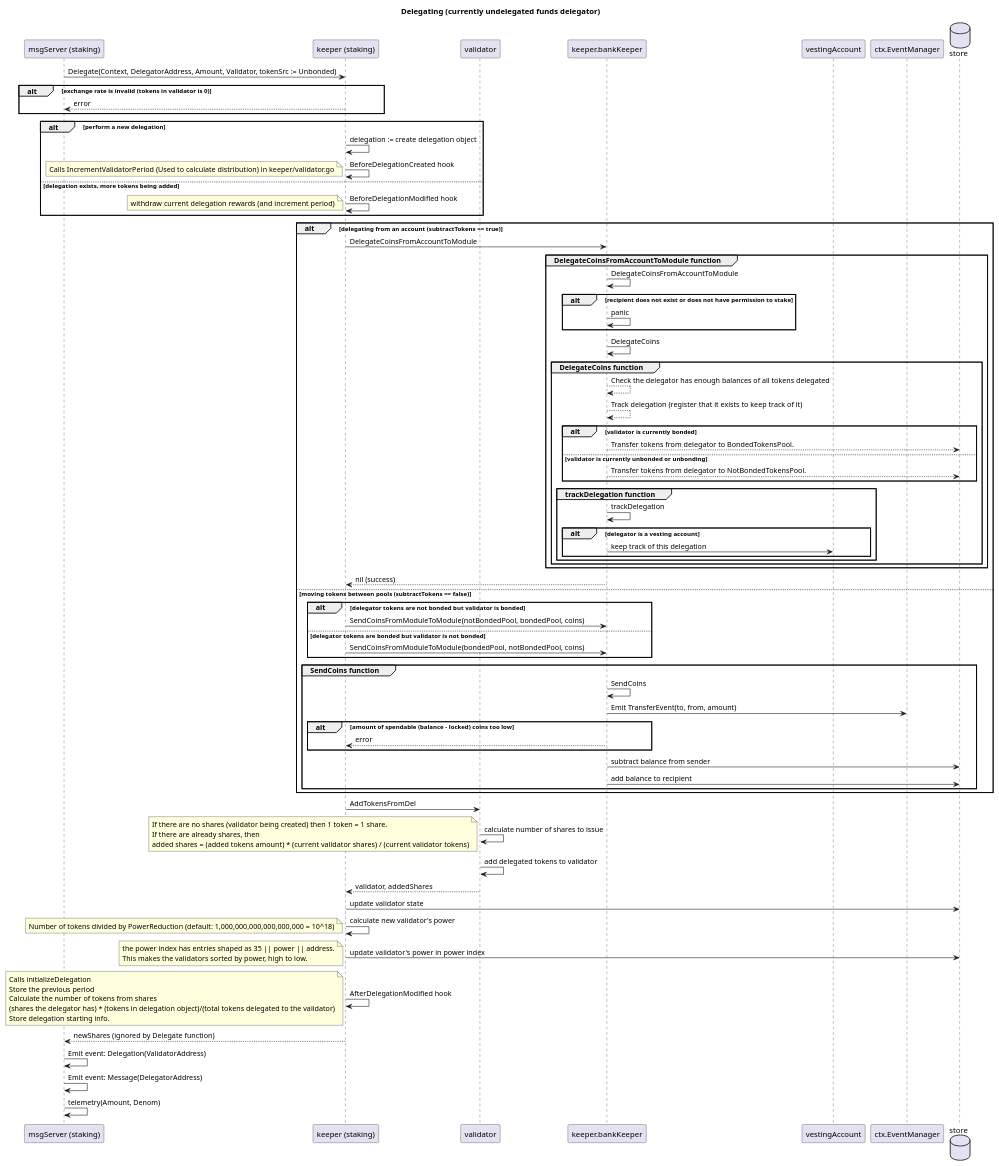
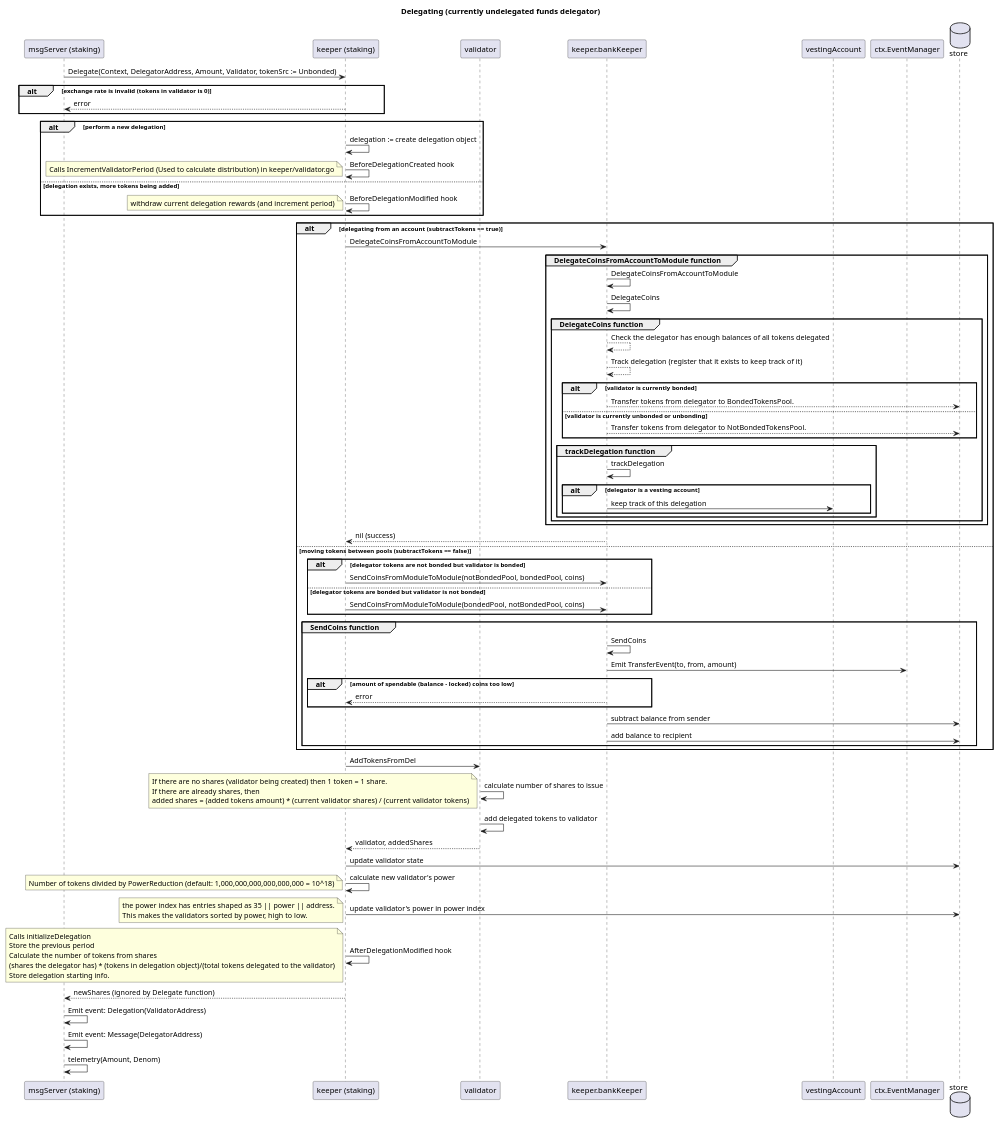
Before and after one commit to cosmos/cosmos-sdk: the diagram in x/staking/spec/delegation_sequence.puml, drawn with PlantUML.

Commit message:
Remove `panic` step (they are supposed to never happen)

```diff
--- a/x/staking/spec/delegation_sequence.puml
+++ b/x/staking/spec/delegation_sequence.puml
@@ -1,93 +1,90 @@
 @startuml
 'https://plantuml.com/sequence-diagram
 
 title: Delegating (currently undelegated funds delegator)
 
 participant "msgServer (staking)"
 participant  "keeper (staking)" as keeper
 participant validator
 participant keeper.bankKeeper
 participant vestingAccount
 participant ctx.EventManager
 
 database store
 
 "msgServer (staking)" -> keeper : Delegate(Context, DelegatorAddress, Amount, Validator, tokenSrc := Unbonded)
 
 alt exchange rate is invalid (tokens in validator is 0)
     keeper -->  "msgServer (staking)" : error
 end
 
 alt perform a new delegation
     keeper -> keeper : delegation := create delegation object
     keeper -> keeper : BeforeDelegationCreated hook
     note left: Calls IncrementValidatorPeriod (Used to calculate distribution) in keeper/validator.go
 else delegation exists, more tokens being added
     keeper -> keeper : BeforeDelegationModified hook
     note left: withdraw current delegation rewards (and increment period)
 end
 
 alt delegating from an account (subtractTokens == true)
     keeper -> keeper.bankKeeper : DelegateCoinsFromAccountToModule
     group DelegateCoinsFromAccountToModule function
         keeper.bankKeeper -> keeper.bankKeeper : DelegateCoinsFromAccountToModule
-        alt recipient does not exist or does not have permission to stake
-            keeper.bankKeeper -> keeper.bankKeeper : panic
-        end
         keeper.bankKeeper -> keeper.bankKeeper : DelegateCoins
         group DelegateCoins function
             keeper.bankKeeper --> keeper.bankKeeper : Check the delegator has enough balances of all tokens delegated
             keeper.bankKeeper --> keeper.bankKeeper : Track delegation (register that it exists to keep track of it)
             alt validator is currently bonded
                 keeper.bankKeeper --> store : Transfer tokens from delegator to BondedTokensPool.
             else validator is currently unbonded or unbonding
                 keeper.bankKeeper --> store : Transfer tokens from delegator to NotBondedTokensPool.
             end
             group trackDelegation function
                 keeper.bankKeeper -> keeper.bankKeeper : trackDelegation
                 alt delegator is a vesting account
                     keeper.bankKeeper -> vestingAccount : keep track of this delegation
                 end
             end
         end
     end
     keeper <-- keeper.bankKeeper : nil (success)
 else moving tokens between pools (subtractTokens == false)
     alt delegator tokens are not bonded but validator is bonded
        keeper -> keeper.bankKeeper : SendCoinsFromModuleToModule(notBondedPool, bondedPool, coins)
     else delegator tokens are bonded but validator is not bonded
        keeper -> keeper.bankKeeper : SendCoinsFromModuleToModule(bondedPool, notBondedPool, coins)
     end
     group SendCoins function
         keeper.bankKeeper -> keeper.bankKeeper : SendCoins
         keeper.bankKeeper -> ctx.EventManager : Emit TransferEvent(to, from, amount)
         alt amount of spendable (balance - locked) coins too low
             keeper <-- keeper.bankKeeper : error
         end
         keeper.bankKeeper -> store : subtract balance from sender
         keeper.bankKeeper -> store : add balance to recipient
     end
 end
 
 keeper -> validator : AddTokensFromDel
 validator -> validator : calculate number of shares to issue
 note left: If there are no shares (validator being created) then 1 token = 1 share.\nIf there are already shares, then\nadded shares =  (added tokens amount) * (current validator shares) / (current validator tokens)
 
 validator -> validator : add delegated tokens to validator
 keeper <-- validator : validator, addedShares
 keeper -> store : update validator state
 keeper -> keeper: calculate new validator's power
 note left : Number of tokens divided by PowerReduction (default: 1,000,000,000,000,000,000 = 10^18)
 keeper -> store : update validator's power in power index
 note left : the power index has entries shaped as 35 || power || address.\nThis makes the validators sorted by power, high to low.
 
 keeper -> keeper : AfterDelegationModified hook
 note left: Calls initializeDelegation\nStore the previous period\nCalculate the number of tokens from shares\n(shares the delegator has) * (tokens in delegation object)/(total tokens delegated to the validator)\nStore delegation starting info.
 "msgServer (staking)" <-- keeper : newShares (ignored by Delegate function)
 
 
 "msgServer (staking)" -> "msgServer (staking)" : Emit event: Delegation(ValidatorAddress)
 "msgServer (staking)" -> "msgServer (staking)" : Emit event: Message(DelegatorAddress)
 "msgServer (staking)" -> "msgServer (staking)" : telemetry(Amount, Denom)
 
 @enduml
```
